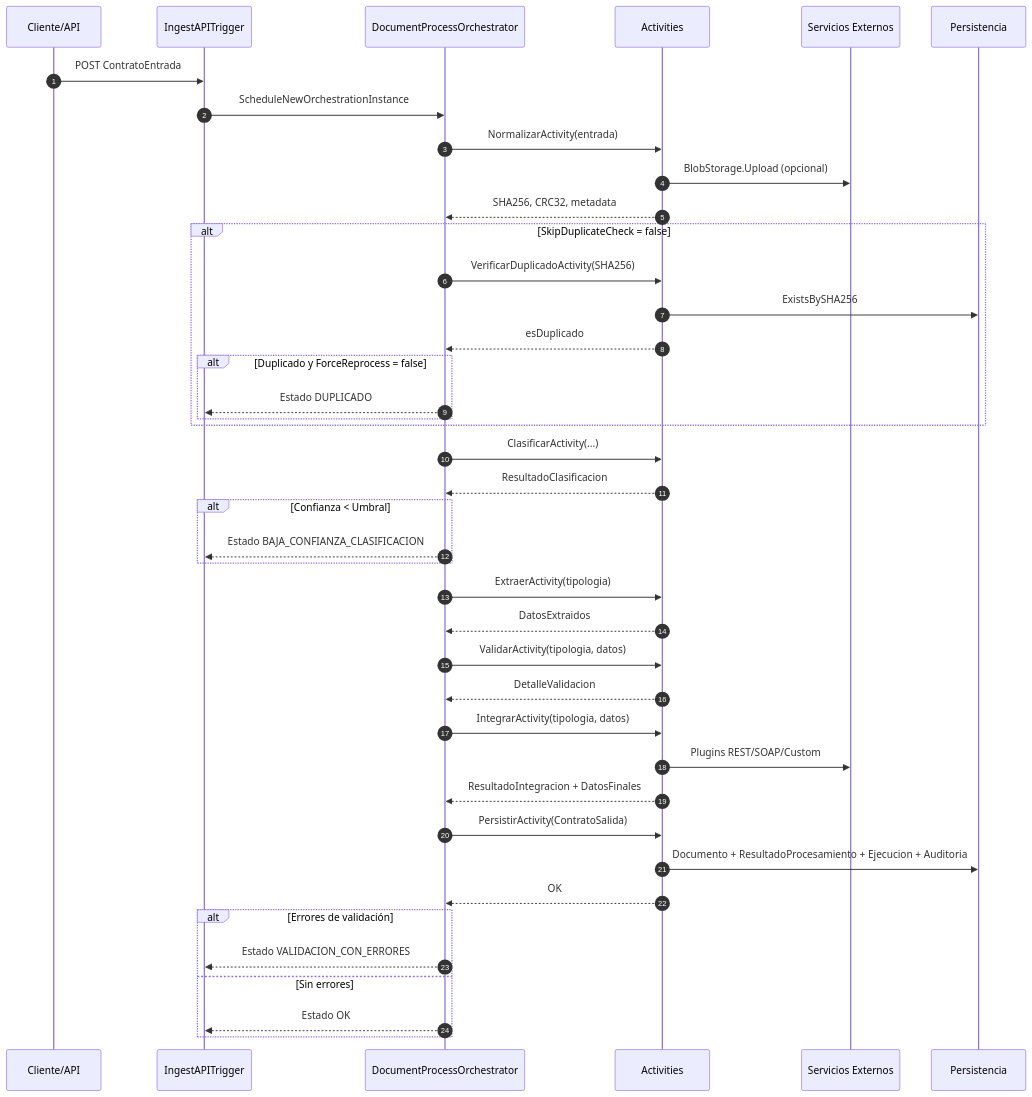
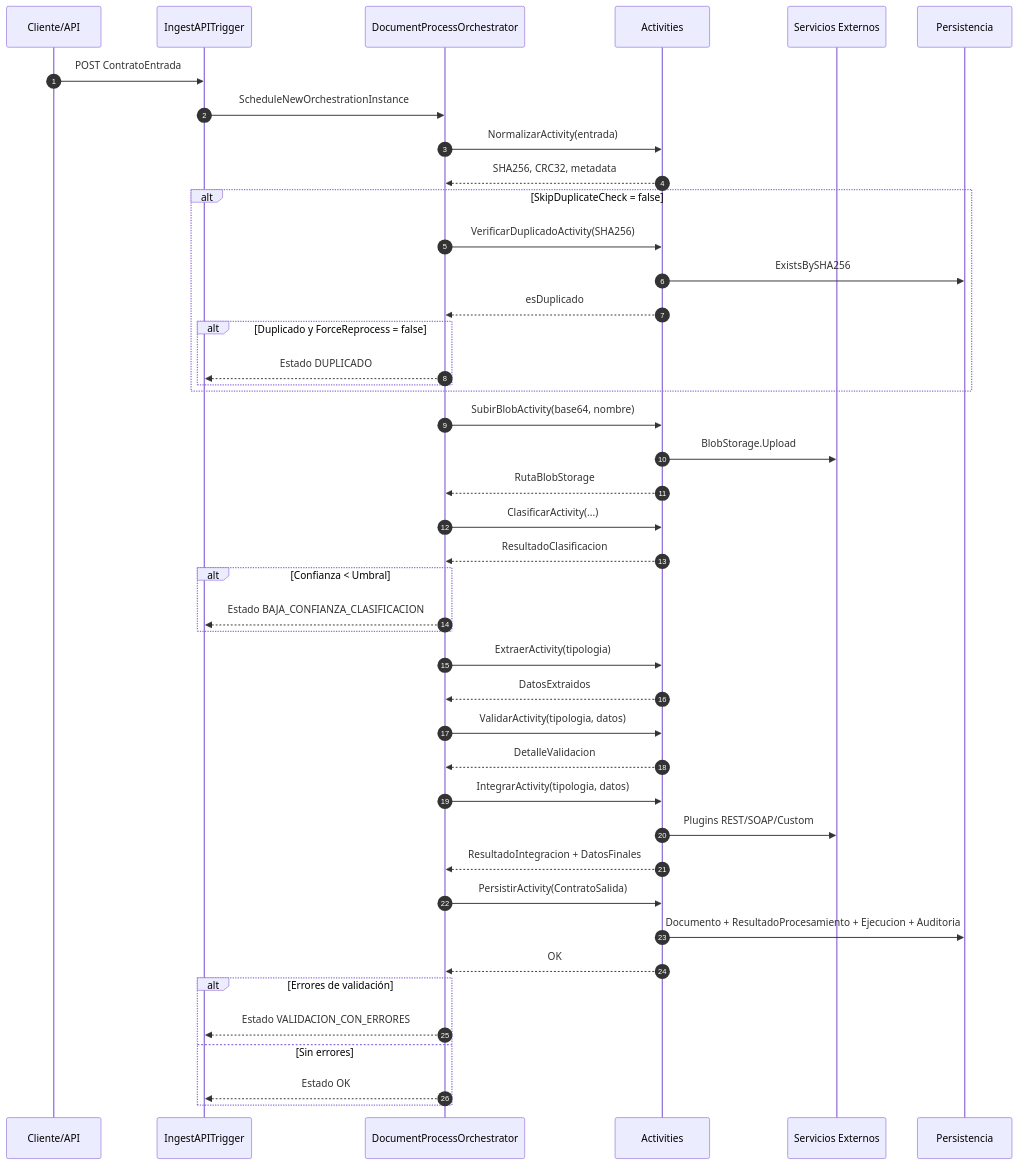
The second of 2 diagrams in docs/manuales/MANUAL_ACTIVITIES_AZURE_FUNCTIONS.md (nvcrisologo02/AI-DocClassExt), drawn with Mermaid before and after one commit. The commit also changed other lines of this file and 7 other files, not shown here.

First line of the commit message:
Optimiza duplicados sin upload a blob y alinea documentación

````diff
--- a/docs/manuales/MANUAL_ACTIVITIES_AZURE_FUNCTIONS.md
+++ b/docs/manuales/MANUAL_ACTIVITIES_AZURE_FUNCTIONS.md
@@ -66,52 +68,55 @@
 ```mermaid
 sequenceDiagram
   autonumber
   participant U as Cliente/API
   participant T as IngestAPITrigger
   participant O as DocumentProcessOrchestrator
   participant A as Activities
   participant X as Servicios Externos
   participant DB as Persistencia
 
   U->>T: POST ContratoEntrada
   T->>O: ScheduleNewOrchestrationInstance
 
   O->>A: NormalizarActivity(entrada)
-  A->>X: BlobStorage.Upload (opcional)
   A-->>O: SHA256, CRC32, metadata
 
   alt SkipDuplicateCheck = false
     O->>A: VerificarDuplicadoActivity(SHA256)
     A->>DB: ExistsBySHA256
     A-->>O: esDuplicado
     alt Duplicado y ForceReprocess = false
       O-->>T: Estado DUPLICADO
     end
   end
+
+  O->>A: SubirBlobActivity(base64, nombre)
+  A->>X: BlobStorage.Upload
+  A-->>O: RutaBlobStorage
 
   O->>A: ClasificarActivity(...)
   A-->>O: ResultadoClasificacion
   alt Confianza < Umbral
     O-->>T: Estado BAJA_CONFIANZA_CLASIFICACION
   end
 
   O->>A: ExtraerActivity(tipologia)
   A-->>O: DatosExtraidos
 
   O->>A: ValidarActivity(tipologia, datos)
   A-->>O: DetalleValidacion
 
   O->>A: IntegrarActivity(tipologia, datos)
   A->>X: Plugins REST/SOAP/Custom
   A-->>O: ResultadoIntegracion + DatosFinales
 
   O->>A: PersistirActivity(ContratoSalida)
   A->>DB: Documento + ResultadoProcesamiento + Ejecucion + Auditoria
   A-->>O: OK
 
   alt Errores de validación
     O-->>T: Estado VALIDACION_CON_ERRORES
   else Sin errores
     O-->>T: Estado OK
   end
 ```
````
